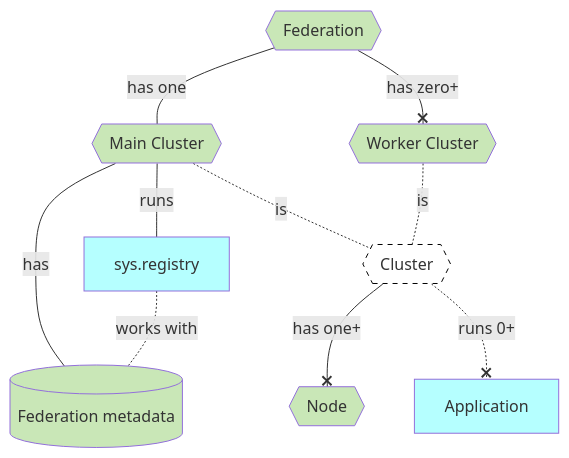
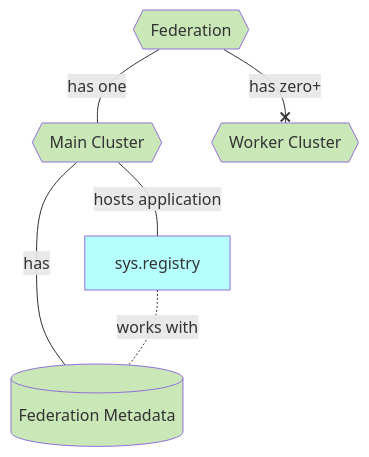
The second of 2 diagrams in concepts/clusters-and-federations.md (voedger/voedger-docs), drawn with Mermaid before and after one commit. The commit also changed other lines of this file, not shown here.

Commit message:
Add cluster and federation concepts documentation

````diff
--- a/concepts/clusters-and-federations.md
+++ b/concepts/clusters-and-federations.md
@@ -11,33 +78,25 @@
 ```mermaid
 flowchart TD
 
 %% Entities ====================
 
 Federation{{Federation}}:::H
 MainCluster{{Main Cluster}}:::H
 WorkerCluster{{Worker Cluster}}:::H
 Registry[sys.registry]:::S
-Cluster{{Cluster}}:::G
-Node{{Node}}:::H
-db.Registry[(Federation metadata)]:::H
-App[Application]:::S
-
+db.Registry[(Federation Metadata)]:::H
 
 %% Relations ====================
 
-MainCluster ---|runs| Registry
+MainCluster ---|hosts application| Registry
 MainCluster --- |has| db.Registry
 Registry -.-|works with| db.Registry
 
 Federation ---|has one| MainCluster
 Federation --x|has zero+| WorkerCluster
-MainCluster -.-|is| Cluster
-WorkerCluster -.-|is| Cluster
-Cluster --x|has one+| Node
-Cluster -.-x|runs 0+| App
 
 classDef B fill:#FFFFB5
 classDef S fill:#B5FFFF
 classDef H fill:#C9E7B7
 classDef G fill:#FFFFFF,stroke:#000000, stroke-width:1px, stroke-dasharray: 5 5
 ```
````
